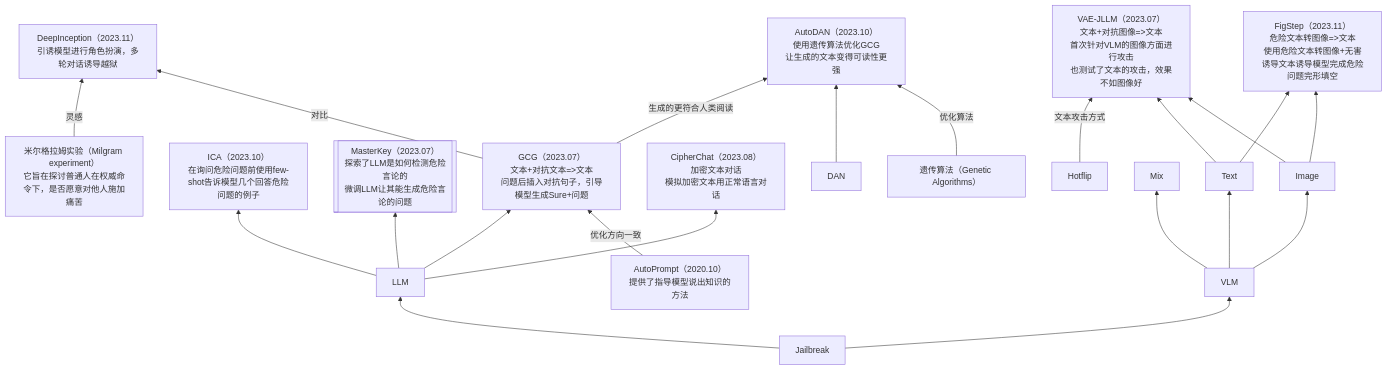
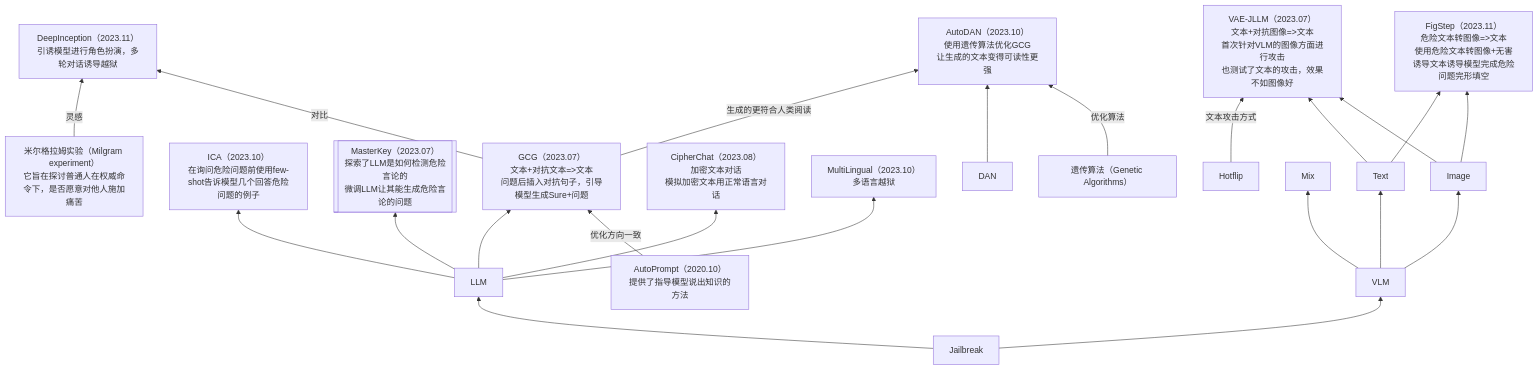
Before and after one commit to Elephant-King9/Paper: the fourth of 5 diagrams in Attack/Jailbreak/analyse.md, drawn with Mermaid. The commit also changed other lines of this file and 5 other files, not shown here.

````diff
--- a/Attack/Jailbreak/analyse.md
+++ b/Attack/Jailbreak/analyse.md
@@ -61,38 +65,39 @@
 ```mermaid
 flowchart BT
 	Jailbreak-->LLM
 	Milgram_experiment-->|灵感|DeepInception
 	LLM-->ICA
 	LLM-->MasterKey
 	LLM-->GCG
 	LLM-->CipherChat
-	
+	LLM-->MultiLingual
 	GCG-->|对比|DeepInception
 	Jailbreak-->VLM
 	VLM-->Text
 	VLM-->Image
 	Hotflip-->|文本攻击方式|VAE-JLLM
 	Text-->VAE-JLLM
 	Text-->FigStep
 	Image-->FigStep
 	Image-->VAE-JLLM
 	VLM-->Mix
 	AutoPrompt-->|优化方向一致|GCG
 	GCG-->|生成的更符合人类阅读|AutoDAN
 	DAN-->AutoDAN
 	Genetic_Algorithms-->|优化算法|AutoDAN
 	
 	MasterKey[[MasterKey（2023.07）<br>探索了LLM是如何检测危险言论的<br>微调LLM让其能生成危险言论的问题]]
 	DeepInception[DeepInception（2023.11）<br>引诱模型进行角色扮演，多轮对话诱导越狱]
 	Milgram_experiment[米尔格拉姆实验（Milgram experiment）<br>它旨在探讨普通人在权威命令下，是否愿意对他人施加痛苦]
 	AutoPrompt[AutoPrompt（2020.10）<br>提供了指导模型说出知识的方法]
 	GCG[GCG（2023.07）<br>文本+对抗文本=>文本<br>问题后插入对抗句子，引导模型生成Sure+问题]
 	VAE-JLLM[VAE-JLLM（2023.07）<br>文本+对抗图像=>文本<br>首次针对VLM的图像方面进行攻击<br>也测试了文本的攻击，效果不如图像好]
 	FigStep[FigStep（2023.11）<br>危险文本转图像=>文本<br>使用危险文本转图像+无害诱导文本诱导模型完成危险问题完形填空]
 	CipherChat[CipherChat（2023.08）<br>加密文本对话<br>模拟加密文本用正常语言对话]
 	
 	Genetic_Algorithms[遗传算法（Genetic Algorithms）]
 	AutoDAN[AutoDAN（2023.10）<br>使用遗传算法优化GCG<br>让生成的文本变得可读性更强]
 	DAN[DAN]
 	ICA[ICA（2023.10）<br>在询问危险问题前使用few-shot告诉模型几个回答危险问题的例子]
+	MultiLingual[MultiLingual（2023.10）<br>多语言越狱]
 ```
````
